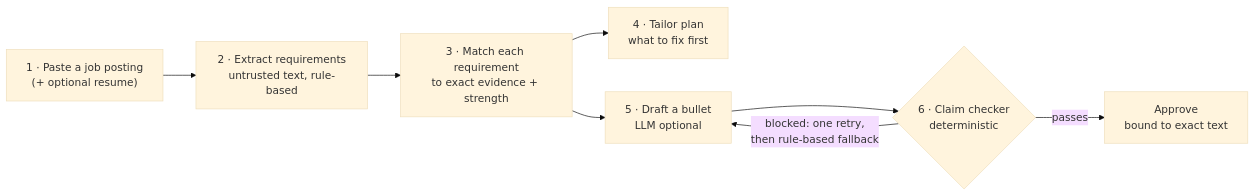
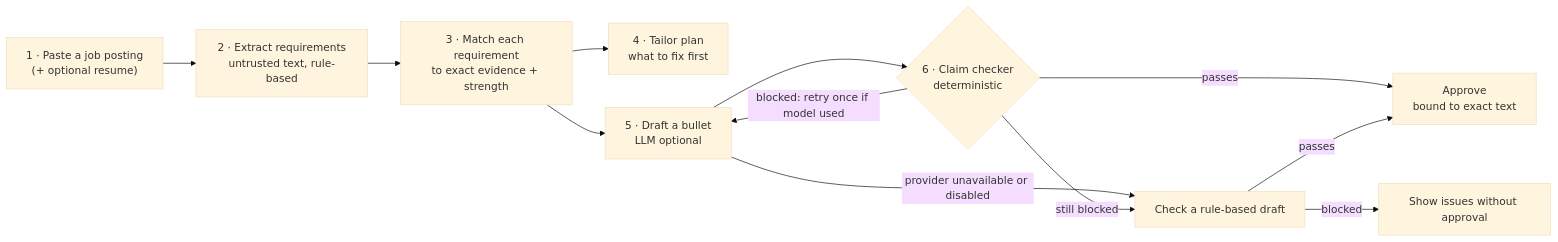
The first of 4 diagrams in README.md (chintan-02/resumeiq), drawn with Mermaid (base theme) before and after one commit. The commit also changed other lines of this file, not shown here.

Commit message:
Clarify ResumeIQ architecture, evidence guarantees, and local setup

````diff
--- a/README.md
+++ b/README.md
@@ -54,10 +53,14 @@
 ```mermaid
 flowchart LR
   A["1 · Paste a job posting<br/>(+ optional resume)"] --> B["2 · Extract requirements<br/>untrusted text, rule-based"]
   B --> C["3 · Match each requirement<br/>to exact evidence + strength"]
   C --> D["4 · Tailor plan<br/>what to fix first"]
   C --> E["5 · Draft a bullet<br/>LLM optional"]
   E --> F{"6 · Claim checker<br/>deterministic"}
   F -- passes --> G["Approve<br/>bound to exact text"]
-  F -- "blocked: one retry,<br/>then rule-based fallback" --> E
+  F -- "blocked: retry once if model used" --> E
+  E -- "provider unavailable or disabled" --> H["Check a rule-based draft"]
+  F -- "still blocked" --> H
+  H -- blocked --> I["Show issues without approval"]
+  H -- passes --> G
 ```
````
